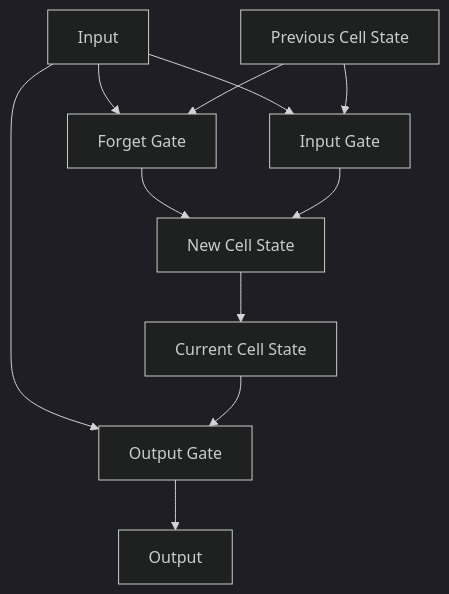
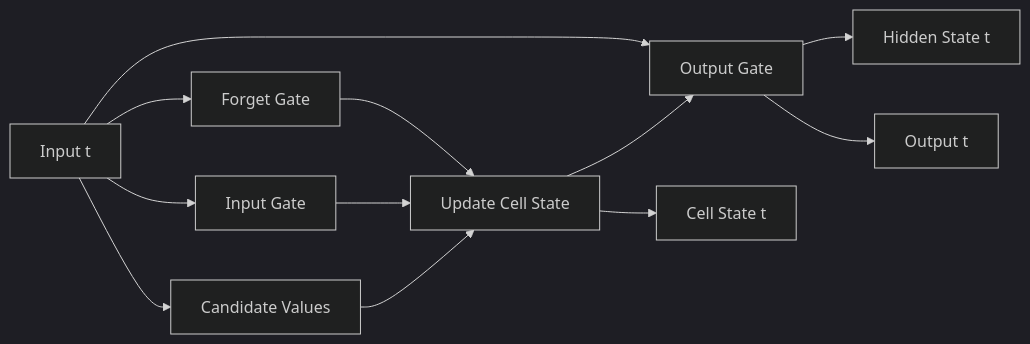
The diagram in notes/large-ai-models/lstm.md (itspriyanshuks17/gen_ai), drawn with Mermaid (dark theme) before and after one commit. The commit also changed other lines of this file and 12 other files, not shown here.

````diff
--- a/notes/large-ai-models/lstm.md
+++ b/notes/large-ai-models/lstm.md
@@ -13,13 +13,14 @@
 ```mermaid
-flowchart TD
-    A[Input] --> B[Forget Gate]
+flowchart LR
+    A[Input t] --> B[Forget Gate]
     A --> C[Input Gate]
-    A --> D[Output Gate]
-    E[Previous Cell State] --> B
-    E --> C
-    B --> F[New Cell State]
-    C --> F
-    F --> G[Current Cell State]
-    G --> D
-    D --> H[Output]
+    A --> D[Candidate Values]
+    A --> F[Output Gate]
+    B --> E[Update Cell State]
+    C --> E
+    D --> E
+    E --> F
+    F --> G[Hidden State t]
+    F --> H[Output t]
+    E --> I[Cell State t]
 ```
````
